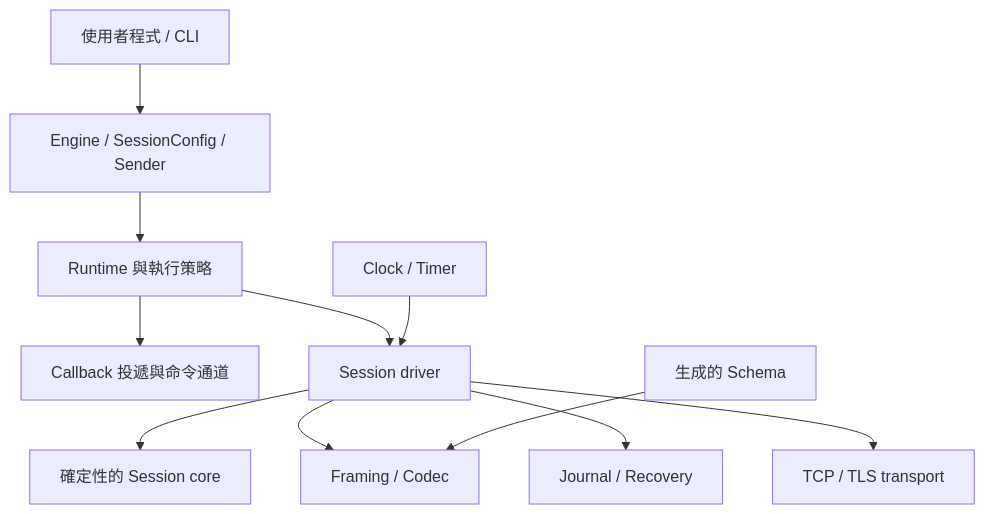
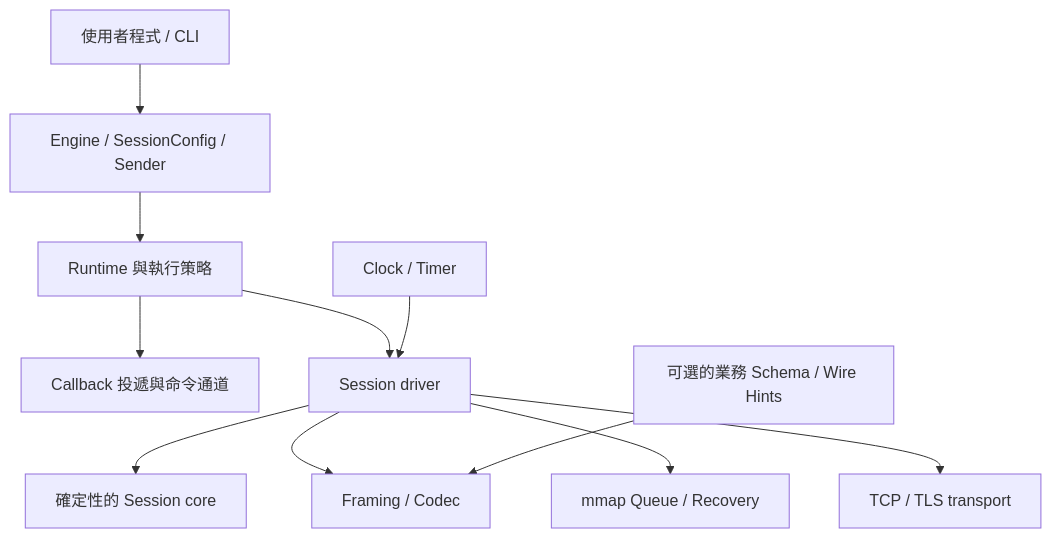
The diagram in docs/rewrite-design.md (yhwwwwww/nimblefix), drawn with Mermaid before and after one commit. The commit also changed other lines of this file, not shown here.

First line of the commit message:
docs: require mmap queues and expand both FIX usage paths

````diff
--- a/docs/rewrite-design.md
+++ b/docs/rewrite-design.md
@@ -287,13 +473,13 @@
 ```mermaid
 flowchart TD
     App[使用者程式 / CLI] --> API[Engine / SessionConfig / Sender]
     API --> Runtime[Runtime 與執行策略]
     Runtime --> Delivery[Callback 投遞與命令通道]
     Runtime --> Driver[Session driver]
     Driver --> Core[確定性的 Session core]
     Driver --> Codec[Framing / Codec]
-    Driver --> Journal[Journal / Recovery]
+    Driver --> Journal[mmap Queue / Recovery]
     Driver --> Transport[TCP / TLS transport]
-    Schema[生成的 Schema] --> Codec
+    Schema[可選的業務 Schema / Wire Hints] --> Codec
     Clock[Clock / Timer] --> Driver
 ```
````
